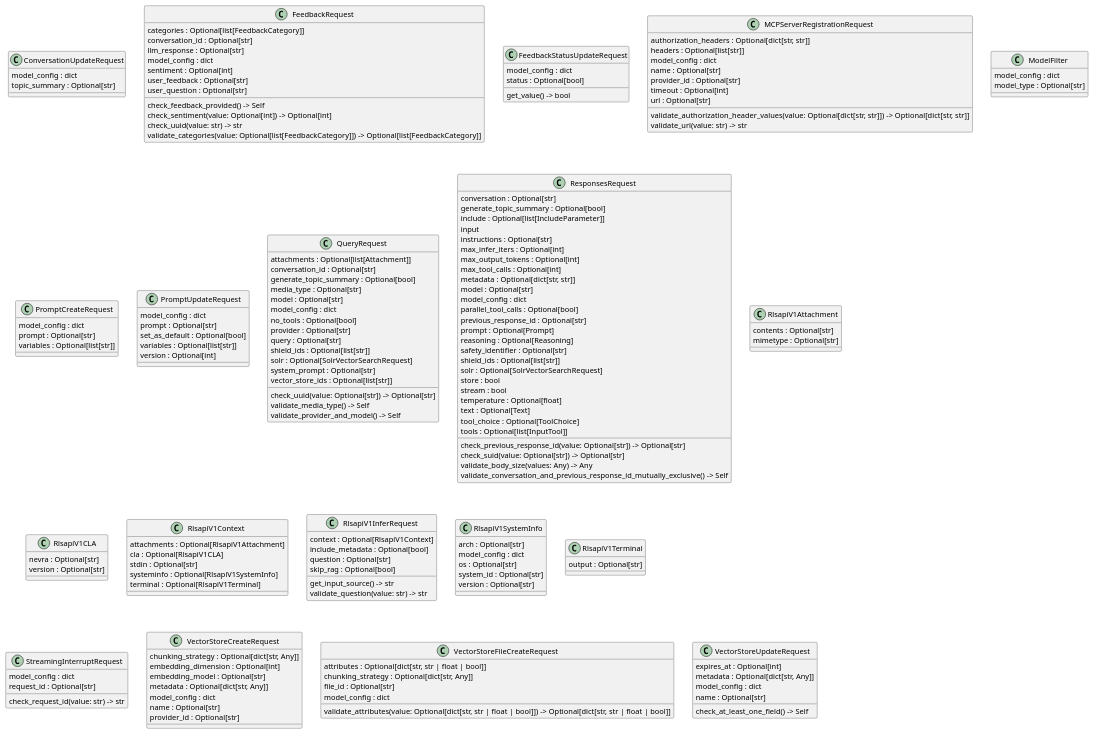
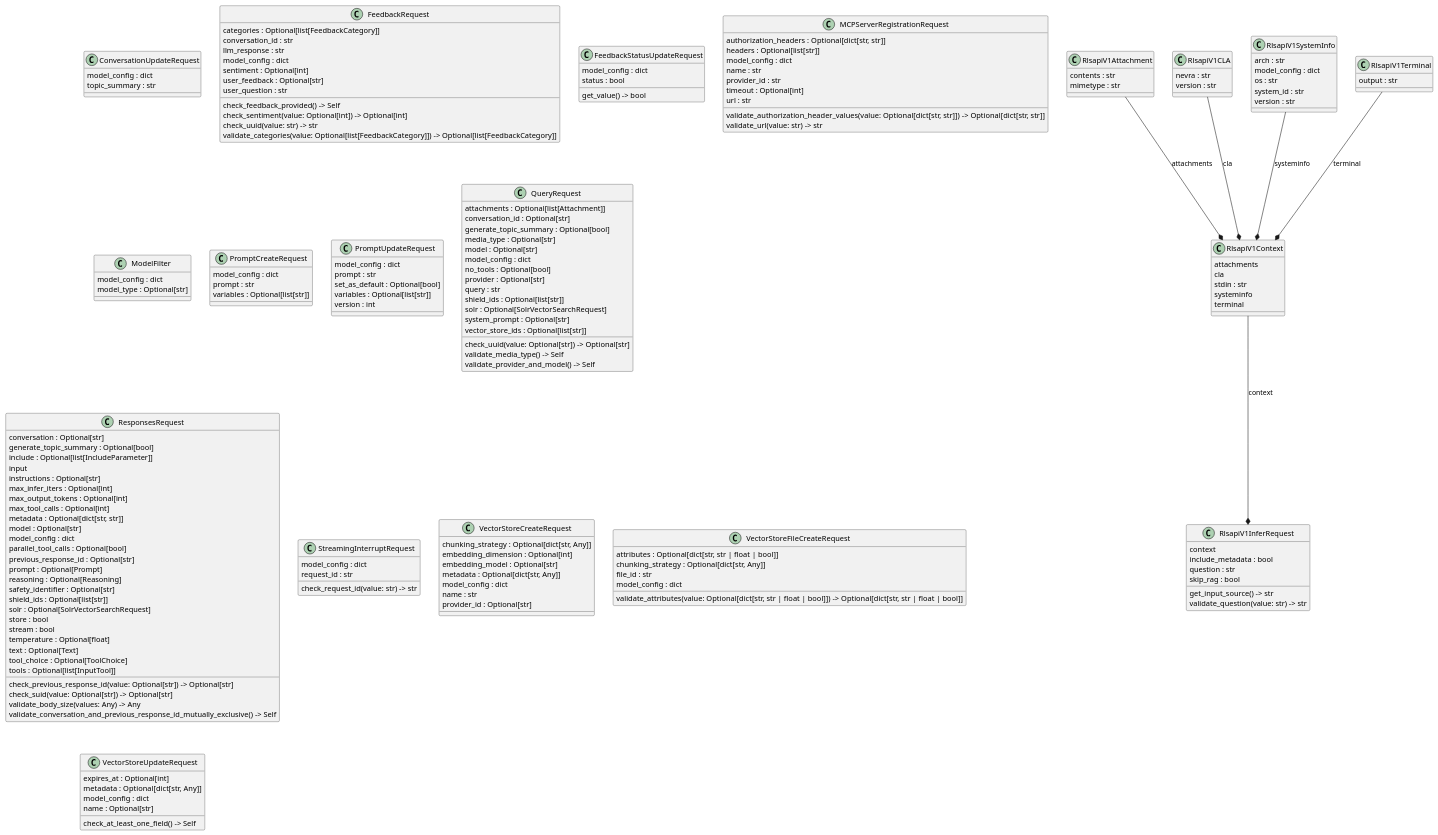
The diagram in docs/models/requests.puml (radofuchs/lightspeed-stack), drawn with PlantUML before and after one commit. The commit also changed 6 other files, not shown here.

```diff
--- a/docs/models/requests.puml
+++ b/docs/models/requests.puml
@@ -1,161 +1,166 @@
 @startuml classes
 set namespaceSeparator none
 class "ConversationUpdateRequest" as src.models.api.requests.conversations.ConversationUpdateRequest {
   model_config : dict
-  topic_summary : Optional[str]
+  topic_summary : str
 }
 class "FeedbackRequest" as src.models.api.requests.feedback.FeedbackRequest {
   categories : Optional[list[FeedbackCategory]]
-  conversation_id : Optional[str]
-  llm_response : Optional[str]
+  conversation_id : str
+  llm_response : str
   model_config : dict
   sentiment : Optional[int]
   user_feedback : Optional[str]
-  user_question : Optional[str]
+  user_question : str
   check_feedback_provided() -> Self
   check_sentiment(value: Optional[int]) -> Optional[int]
   check_uuid(value: str) -> str
   validate_categories(value: Optional[list[FeedbackCategory]]) -> Optional[list[FeedbackCategory]]
 }
 class "FeedbackStatusUpdateRequest" as src.models.api.requests.feedback.FeedbackStatusUpdateRequest {
   model_config : dict
-  status : Optional[bool]
+  status : bool
   get_value() -> bool
 }
 class "MCPServerRegistrationRequest" as src.models.api.requests.mcp_servers.MCPServerRegistrationRequest {
   authorization_headers : Optional[dict[str, str]]
   headers : Optional[list[str]]
   model_config : dict
-  name : Optional[str]
-  provider_id : Optional[str]
+  name : str
+  provider_id : str
   timeout : Optional[int]
-  url : Optional[str]
+  url : str
   validate_authorization_header_values(value: Optional[dict[str, str]]) -> Optional[dict[str, str]]
   validate_url(value: str) -> str
 }
 class "ModelFilter" as src.models.api.requests.catalog.ModelFilter {
   model_config : dict
   model_type : Optional[str]
 }
 class "PromptCreateRequest" as src.models.api.requests.prompts.PromptCreateRequest {
   model_config : dict
-  prompt : Optional[str]
+  prompt : str
   variables : Optional[list[str]]
 }
 class "PromptUpdateRequest" as src.models.api.requests.prompts.PromptUpdateRequest {
   model_config : dict
-  prompt : Optional[str]
+  prompt : str
   set_as_default : Optional[bool]
   variables : Optional[list[str]]
-  version : Optional[int]
+  version : int
 }
 class "QueryRequest" as src.models.api.requests.query.QueryRequest {
   attachments : Optional[list[Attachment]]
   conversation_id : Optional[str]
   generate_topic_summary : Optional[bool]
   media_type : Optional[str]
   model : Optional[str]
   model_config : dict
   no_tools : Optional[bool]
   provider : Optional[str]
-  query : Optional[str]
+  query : str
   shield_ids : Optional[list[str]]
   solr : Optional[SolrVectorSearchRequest]
   system_prompt : Optional[str]
   vector_store_ids : Optional[list[str]]
   check_uuid(value: Optional[str]) -> Optional[str]
   validate_media_type() -> Self
   validate_provider_and_model() -> Self
 }
 class "ResponsesRequest" as src.models.api.requests.responses_openai.ResponsesRequest {
   conversation : Optional[str]
   generate_topic_summary : Optional[bool]
   include : Optional[list[IncludeParameter]]
   input
   instructions : Optional[str]
   max_infer_iters : Optional[int]
   max_output_tokens : Optional[int]
   max_tool_calls : Optional[int]
   metadata : Optional[dict[str, str]]
   model : Optional[str]
   model_config : dict
   parallel_tool_calls : Optional[bool]
   previous_response_id : Optional[str]
   prompt : Optional[Prompt]
   reasoning : Optional[Reasoning]
   safety_identifier : Optional[str]
   shield_ids : Optional[list[str]]
   solr : Optional[SolrVectorSearchRequest]
   store : bool
   stream : bool
   temperature : Optional[float]
   text : Optional[Text]
   tool_choice : Optional[ToolChoice]
   tools : Optional[list[InputTool]]
   check_previous_response_id(value: Optional[str]) -> Optional[str]
   check_suid(value: Optional[str]) -> Optional[str]
   validate_body_size(values: Any) -> Any
   validate_conversation_and_previous_response_id_mutually_exclusive() -> Self
 }
 class "RlsapiV1Attachment" as src.models.api.requests.rlsapi.RlsapiV1Attachment {
-  contents : Optional[str]
-  mimetype : Optional[str]
+  contents : str
+  mimetype : str
 }
 class "RlsapiV1CLA" as src.models.api.requests.rlsapi.RlsapiV1CLA {
-  nevra : Optional[str]
-  version : Optional[str]
+  nevra : str
+  version : str
 }
 class "RlsapiV1Context" as src.models.api.requests.rlsapi.RlsapiV1Context {
-  attachments : Optional[RlsapiV1Attachment]
-  cla : Optional[RlsapiV1CLA]
-  stdin : Optional[str]
-  systeminfo : Optional[RlsapiV1SystemInfo]
-  terminal : Optional[RlsapiV1Terminal]
+  attachments
+  cla
+  stdin : str
+  systeminfo
+  terminal
 }
 class "RlsapiV1InferRequest" as src.models.api.requests.rlsapi.RlsapiV1InferRequest {
-  context : Optional[RlsapiV1Context]
-  include_metadata : Optional[bool]
-  question : Optional[str]
-  skip_rag : Optional[bool]
+  context
+  include_metadata : bool
+  question : str
+  skip_rag : bool
   get_input_source() -> str
   validate_question(value: str) -> str
 }
 class "RlsapiV1SystemInfo" as src.models.api.requests.rlsapi.RlsapiV1SystemInfo {
-  arch : Optional[str]
+  arch : str
   model_config : dict
-  os : Optional[str]
-  system_id : Optional[str]
-  version : Optional[str]
+  os : str
+  system_id : str
+  version : str
 }
 class "RlsapiV1Terminal" as src.models.api.requests.rlsapi.RlsapiV1Terminal {
-  output : Optional[str]
+  output : str
 }
 class "StreamingInterruptRequest" as src.models.api.requests.query.StreamingInterruptRequest {
   model_config : dict
-  request_id : Optional[str]
+  request_id : str
   check_request_id(value: str) -> str
 }
 class "VectorStoreCreateRequest" as src.models.api.requests.vector_stores.VectorStoreCreateRequest {
   chunking_strategy : Optional[dict[str, Any]]
   embedding_dimension : Optional[int]
   embedding_model : Optional[str]
   metadata : Optional[dict[str, Any]]
   model_config : dict
-  name : Optional[str]
+  name : str
   provider_id : Optional[str]
 }
 class "VectorStoreFileCreateRequest" as src.models.api.requests.vector_stores.VectorStoreFileCreateRequest {
   attributes : Optional[dict[str, str | float | bool]]
   chunking_strategy : Optional[dict[str, Any]]
-  file_id : Optional[str]
+  file_id : str
   model_config : dict
   validate_attributes(value: Optional[dict[str, str | float | bool]]) -> Optional[dict[str, str | float | bool]]
 }
 class "VectorStoreUpdateRequest" as src.models.api.requests.vector_stores.VectorStoreUpdateRequest {
   expires_at : Optional[int]
   metadata : Optional[dict[str, Any]]
   model_config : dict
   name : Optional[str]
   check_at_least_one_field() -> Self
 }
+src.models.api.requests.rlsapi.RlsapiV1Attachment --* src.models.api.requests.rlsapi.RlsapiV1Context : attachments
+src.models.api.requests.rlsapi.RlsapiV1CLA --* src.models.api.requests.rlsapi.RlsapiV1Context : cla
+src.models.api.requests.rlsapi.RlsapiV1Context --* src.models.api.requests.rlsapi.RlsapiV1InferRequest : context
+src.models.api.requests.rlsapi.RlsapiV1SystemInfo --* src.models.api.requests.rlsapi.RlsapiV1Context : systeminfo
+src.models.api.requests.rlsapi.RlsapiV1Terminal --* src.models.api.requests.rlsapi.RlsapiV1Context : terminal
 @enduml
```
